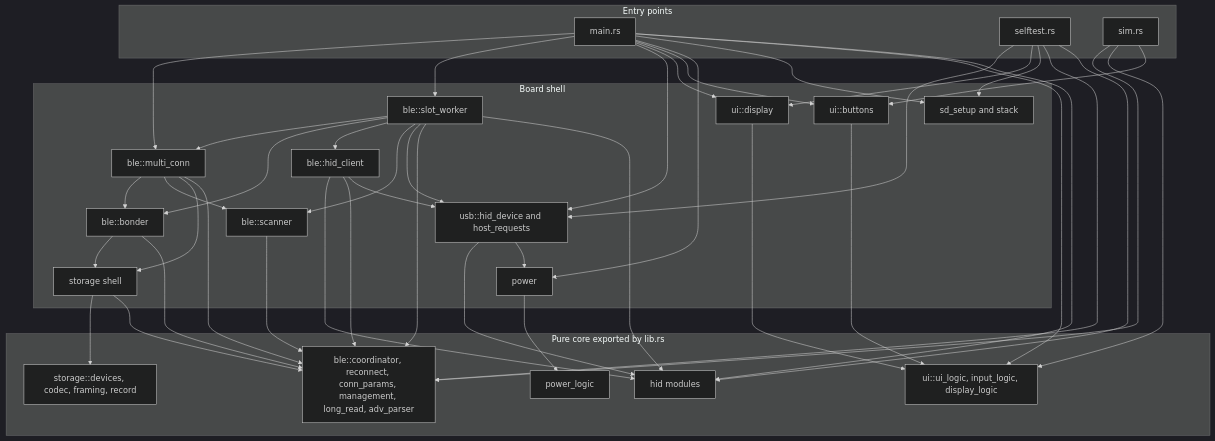
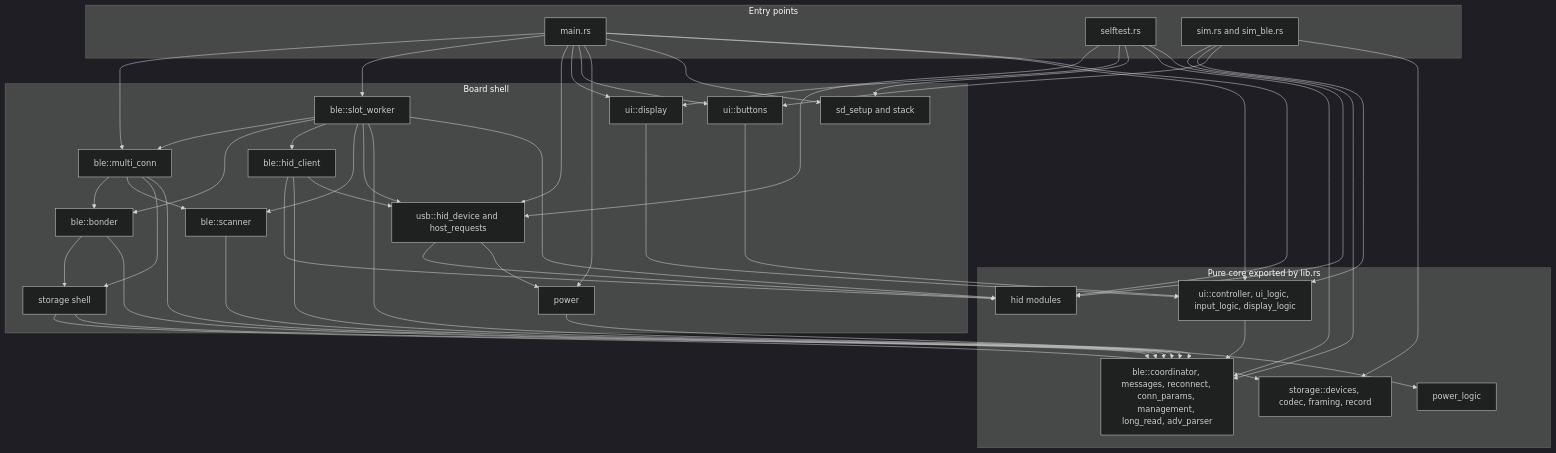
The second of 10 diagrams in docs/architecture.md (chefzaid/bt2usb), drawn with Mermaid (dark theme) before and after one commit. The commit also changed other lines of this file and 24 other files, not shown here.

Commit message:
Run the UI controller and device management in Renode

````diff
--- a/docs/architecture.md
+++ b/docs/architecture.md
@@ -121,41 +124,42 @@
 ```mermaid
 flowchart TD
     subgraph entry [Entry points]
         MAIN["main.rs"]
         SELF["selftest.rs"]
-        SIM["sim.rs"]
+        SIM["sim.rs and sim_ble.rs"]
     end
     subgraph shell [Board shell]
         MC["ble::multi_conn"]
         SW["ble::slot_worker"]
         BND["ble::bonder"]
         HC["ble::hid_client"]
         SC["ble::scanner"]
         ST["storage shell"]
         USB["usb::hid_device and host_requests"]
         PWR["power"]
         DSP["ui::display"]
         BTN["ui::buttons"]
         SDS["sd_setup and stack"]
     end
     subgraph core [Pure core exported by lib.rs]
-        BC["ble::coordinator, reconnect, conn_params, management, long_read, adv_parser"]
+        BC["ble::coordinator, messages, reconnect, conn_params, management, long_read, adv_parser"]
         HID["hid modules"]
-        UIL["ui::ui_logic, input_logic, display_logic"]
+        UIL["ui::controller, ui_logic, input_logic, display_logic"]
         PL["power_logic"]
         SF["storage::devices, codec, framing, record"]
     end
     MAIN --> MC & SW & USB & DSP & BTN & PWR & SDS & UIL & HID
     SELF --> USB & DSP & SDS & BC & HID
-    SIM --> BC & UIL & BTN
+    SIM --> BC & UIL & BTN & SF
     MC --> BND & SC & ST & BC
     SW --> MC & BND & HC & SC & USB & BC & HID
     BND --> ST & BC
     HC --> HID & BC & USB
     SC --> BC
     ST --> SF & BC
     USB --> HID & PWR
     PWR --> PL
     DSP --> UIL
     BTN --> UIL
+    UIL --> BC
 ```
````
